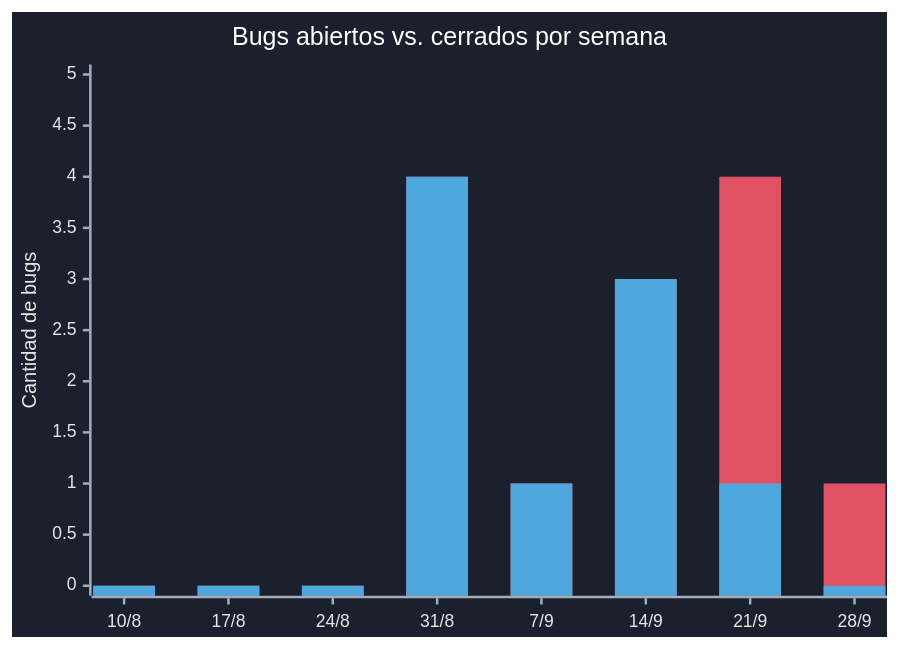
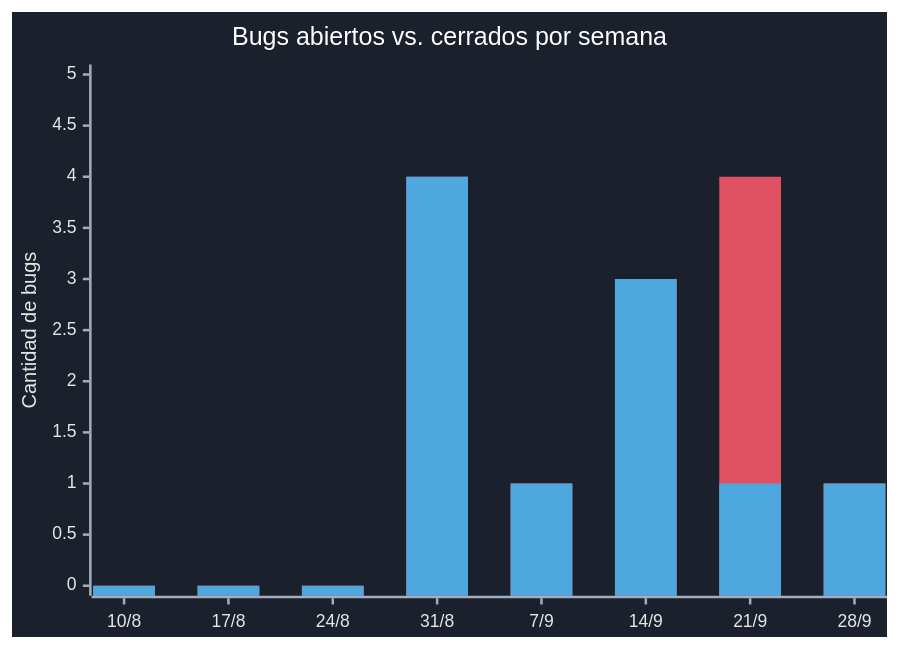
The diagram in docs/dashboard-bugs-github.md (VED-VirtualExperienceDevelopment/bistrolink), drawn with Mermaid before and after one commit. The commit also changed other lines of this file, not shown here.

````diff
--- a/docs/dashboard-bugs-github.md
+++ b/docs/dashboard-bugs-github.md
@@ -27,24 +27,24 @@
 ```mermaid
 %%{init: {'theme':'base', 'themeVariables': {
   'background': '#1a202c',
   'xyChart': {
     'backgroundColor': '#1a202c',
     'titleColor': '#ffffff',
     'xAxisLabelColor': '#e6e6e6',
     'xAxisTitleColor': '#e6e6e6',
     'xAxisTickColor': '#a0aec0',
     'xAxisLineColor': '#a0aec0',
     'yAxisLabelColor': '#e6e6e6',
     'yAxisTitleColor': '#e6e6e6',
     'yAxisTickColor': '#a0aec0',
     'yAxisLineColor': '#a0aec0',
     'plotColorPalette': '#e05263, #4ea8de'
   }
 }}}%%
 xychart-beta
     title "Bugs abiertos vs. cerrados por semana"
     x-axis ["10/8", "17/8", "24/8", "31/8", "7/9", "14/9", "21/9", "28/9"]
     y-axis "Cantidad de bugs" 0 --> 5
     bar "Abiertos" [0, 0, 0, 4, 1, 3, 4, 1]
-    bar "Cerrados" [0, 0, 0, 4, 1, 3, 1, 0]
+    bar "Cerrados" [0, 0, 0, 4, 1, 3, 1, 1]
 ```
````
